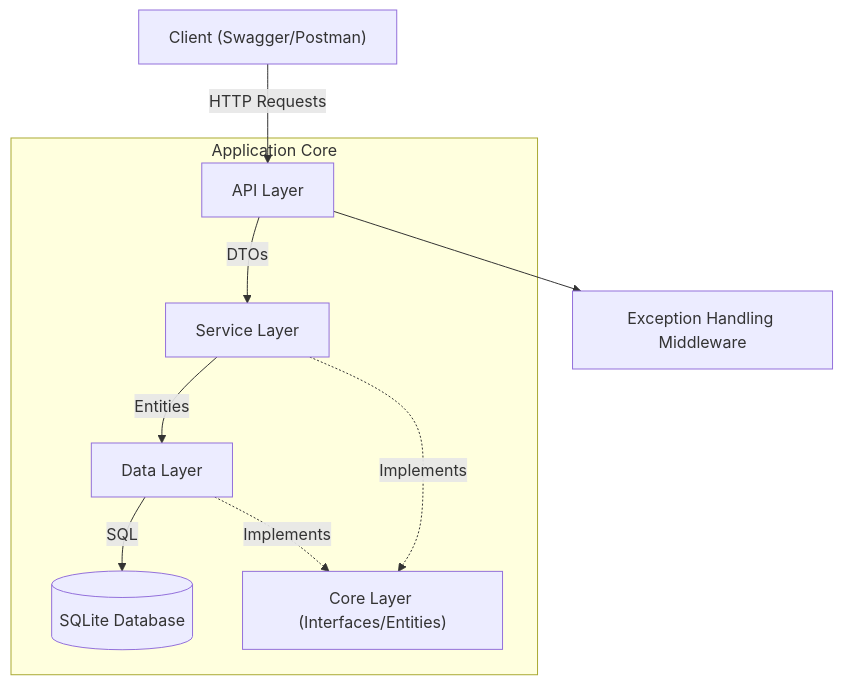
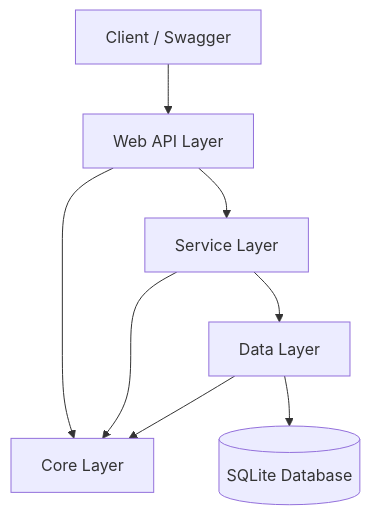
One commit to ravza-ctk/Dotnet9-Project changed the diagram in README.md. Above: the diagram before and after it, drawn with Mermaid. The commit also changed other lines of this file and 9 other files, not shown here.

````diff
--- a/README.md
+++ b/README.md
@@ -9,14 +25,10 @@
 ```mermaid
 graph TD
-    Client["Client (Swagger/Postman)"] -->|HTTP Requests| API["API Layer"]
-    subgraph "Application Core"
-        API -->|DTOs| Service["Service Layer"]
-        Service -->|Entities| Data["Data Layer"]
-        Data -->|SQL| Database[("SQLite Database")]
-        
-        Service -.->|Implements| Core["Core Layer (Interfaces/Entities)"]
-        Data -.->|Implements| Core
-    end
-    
-    API --> Middleware["Exception Handling Middleware"]
+    Client[Client / Swagger] --> API[Web API Layer]
+    API --> Service[Service Layer]
+    API --> Core[Core Layer]
+    Service --> Data[Data Layer]
+    Service --> Core
+    Data --> Core
+    Data --> DB[(SQLite Database)]
 ```
````
